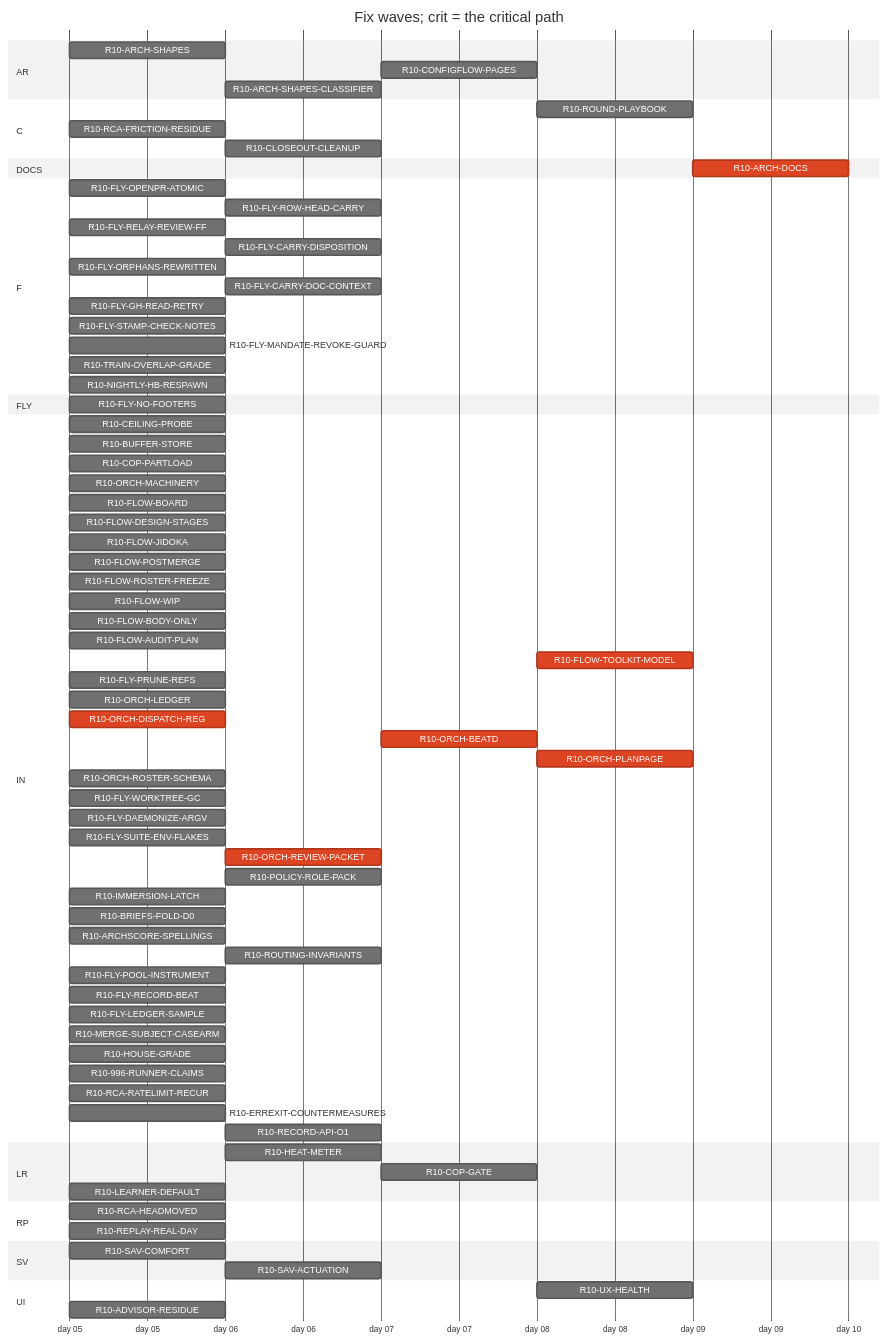
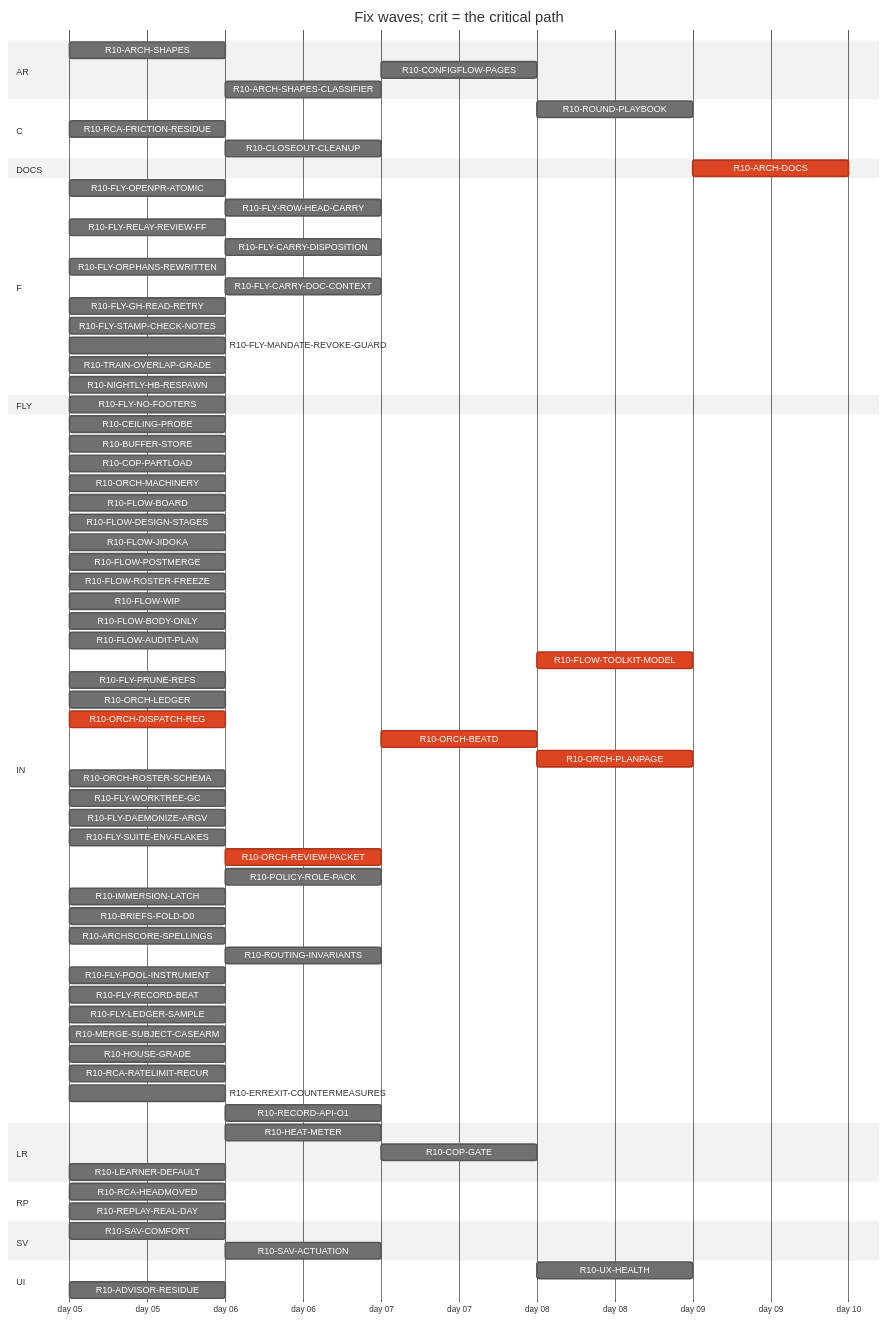
One commit to tvofi/heatpump_optimizer changed the diagram in handoff/round10/state/PLAN-TABLE.md. Above: the diagram before and after it, drawn with Mermaid (neutral theme). The commit also changed other lines of this file and 2 other files, not shown here.

````diff
--- a/handoff/round10/state/PLAN-TABLE.md
+++ b/handoff/round10/state/PLAN-TABLE.md
@@ -23,81 +23,80 @@
 ```mermaid
 gantt
   title Fix waves; crit = the critical path
   dateFormat YYYY-MM-DD
   axisFormat day %d
   section AR
     R10-ARCH-SHAPES :r10ARCHSHAPES, 2026-01-05, 1d
     R10-CONFIGFLOW-PAGES :r10CONFIGFLOWPAGES, after r10HEATMETER, 1d
-    R10-ARCH-SHAPES-CLASSIFIER :r10ARCHSHAPESCLASSIFIER, after r10996RUNNERCLAIMS r10ARCHSHAPES, 1d
+    R10-ARCH-SHAPES-CLASSIFIER :r10ARCHSHAPESCLASSIFIER, after r10ARCHSHAPES, 1d
   section C
     R10-ROUND-PLAYBOOK :r10ROUNDPLAYBOOK, after r10FLOWAUDITPLAN r10ORCHLEDGER r10ORCHDISPATCHREG r10ORCHBEATD r10ORCHPLANPAGE r10FLYRELAYREVIEWFF r10FLOWROSTERFREEZE r10FLOWBODYONLY, 1d
     R10-RCA-FRICTION-RESIDUE :r10RCAFRICTIONRESIDUE, 2026-01-05, 1d
     R10-CLOSEOUT-CLEANUP :r10CLOSEOUTCLEANUP, after r10FLYPRUNEREFS r10FLYWORKTREEGC, 1d
   section DOCS
     R10-ARCH-DOCS :crit, r10ARCHDOCS, after r10ARCHSHAPES r10HEATMETER r10COPGATE r10UXHEALTH r10CONFIGFLOWPAGES r10RCAHEADMOVED r10SAVCOMFORT r10CEILINGPROBE r10BUFFERSTORE r10COPPARTLOAD r10LEARNERDEFAULT r10FLOWBOARD r10FLOWDESIGNSTAGES r10FLOWJIDOKA r10FLOWPOSTMERGE r10FLOWROSTERFREEZE r10FLOWWIP r10FLOWBODYONLY r10FLYOPENPRATOMIC r10FLYROWHEADCARRY r10FLOWAUDITPLAN r10FLYRELAYREVIEWFF r10FLYCARRYDISPOSITION r10FLYORPHANSREWRITTEN r10FLYCARRYDOCCONTEXT r10FLOWTOOLKITMODEL r10FLYSTAMPCHECKNOTES r10FLYMANDATEREVOKEGUARD r10RCAFRICTIONRESIDUE r10TRAINOVERLAPGRADE r10NIGHTLYHBRESPAWN r10FLYPRUNEREFS r10ORCHLEDGER r10ORCHDISPATCHREG r10ORCHBEATD r10ORCHPLANPAGE r10ORCHROSTERSCHEMA r10FLYWORKTREEGC r10FLYDAEMONIZEARGV r10ORCHREVIEWPACKET r10POLICYROLEPACK r10IMMERSIONLATCH r10ADVISORRESIDUE r10BRIEFSFOLDD0 r10REPLAYREALDAY r10ARCHSCORESPELLINGS r10SAVACTUATION r10FLYLEDGERSAMPLE, 1d
   section F
     R10-FLY-OPENPR-ATOMIC :r10FLYOPENPRATOMIC, 2026-01-05, 1d
     R10-FLY-ROW-HEAD-CARRY :r10FLYROWHEADCARRY, after r10FLYOPENPRATOMIC, 1d
     R10-FLY-RELAY-REVIEW-FF :r10FLYRELAYREVIEWFF, 2026-01-05, 1d
     R10-FLY-CARRY-DISPOSITION :r10FLYCARRYDISPOSITION, after r10FLYORPHANSREWRITTEN, 1d
     R10-FLY-ORPHANS-REWRITTEN :r10FLYORPHANSREWRITTEN, 2026-01-05, 1d
     R10-FLY-CARRY-DOC-CONTEXT :r10FLYCARRYDOCCONTEXT, after r10FLYGHREADRETRY, 1d
     R10-FLY-GH-READ-RETRY :r10FLYGHREADRETRY, 2026-01-05, 1d
     R10-FLY-STAMP-CHECK-NOTES :r10FLYSTAMPCHECKNOTES, 2026-01-05, 1d
     R10-FLY-MANDATE-REVOKE-GUARD :r10FLYMANDATEREVOKEGUARD, 2026-01-05, 1d
     R10-TRAIN-OVERLAP-GRADE :r10TRAINOVERLAPGRADE, 2026-01-05, 1d
     R10-NIGHTLY-HB-RESPAWN :r10NIGHTLYHBRESPAWN, 2026-01-05, 1d
   section FLY
     R10-FLY-NO-FOOTERS :r10FLYNOFOOTERS, 2026-01-05, 1d
   section IN
     R10-CEILING-PROBE :r10CEILINGPROBE, 2026-01-05, 1d
     R10-BUFFER-STORE :r10BUFFERSTORE, 2026-01-05, 1d
     R10-COP-PARTLOAD :r10COPPARTLOAD, 2026-01-05, 1d
     R10-ORCH-MACHINERY :r10ORCHMACHINERY, 2026-01-05, 1d
     R10-FLOW-BOARD :r10FLOWBOARD, 2026-01-05, 1d
     R10-FLOW-DESIGN-STAGES :r10FLOWDESIGNSTAGES, 2026-01-05, 1d
     R10-FLOW-JIDOKA :r10FLOWJIDOKA, 2026-01-05, 1d
     R10-FLOW-POSTMERGE :r10FLOWPOSTMERGE, 2026-01-05, 1d
     R10-FLOW-ROSTER-FREEZE :r10FLOWROSTERFREEZE, 2026-01-05, 1d
     R10-FLOW-WIP :r10FLOWWIP, 2026-01-05, 1d
     R10-FLOW-BODY-ONLY :r10FLOWBODYONLY, 2026-01-05, 1d
     R10-FLOW-AUDIT-PLAN :r10FLOWAUDITPLAN, 2026-01-05, 1d
     R10-FLOW-TOOLKIT-MODEL :crit, r10FLOWTOOLKITMODEL, after r10ORCHPLANPAGE, 1d
     R10-FLY-PRUNE-REFS :r10FLYPRUNEREFS, 2026-01-05, 1d
     R10-ORCH-LEDGER :r10ORCHLEDGER, 2026-01-05, 1d
     R10-ORCH-DISPATCH-REG :crit, r10ORCHDISPATCHREG, 2026-01-05, 1d
     R10-ORCH-BEATD :crit, r10ORCHBEATD, after r10ORCHDISPATCHREG r10ORCHREVIEWPACKET r10FLOWROSTERFREEZE, 1d
     R10-ORCH-PLANPAGE :crit, r10ORCHPLANPAGE, after r10ORCHBEATD, 1d
     R10-ORCH-ROSTER-SCHEMA :r10ORCHROSTERSCHEMA, 2026-01-05, 1d
     R10-FLY-WORKTREE-GC :r10FLYWORKTREEGC, 2026-01-05, 1d
     R10-FLY-DAEMONIZE-ARGV :r10FLYDAEMONIZEARGV, 2026-01-05, 1d
     R10-FLY-SUITE-ENV-FLAKES :r10FLYSUITEENVFLAKES, 2026-01-05, 1d
     R10-ORCH-REVIEW-PACKET :crit, r10ORCHREVIEWPACKET, after r10ORCHDISPATCHREG, 1d
     R10-POLICY-ROLE-PACK :r10POLICYROLEPACK, after r10FLOWDESIGNSTAGES, 1d
     R10-IMMERSION-LATCH :r10IMMERSIONLATCH, 2026-01-05, 1d
     R10-BRIEFS-FOLD-D0 :r10BRIEFSFOLDD0, 2026-01-05, 1d
     R10-ARCHSCORE-SPELLINGS :r10ARCHSCORESPELLINGS, 2026-01-05, 1d
     R10-ROUTING-INVARIANTS :r10ROUTINGINVARIANTS, after r10ORCHROSTERSCHEMA, 1d
     R10-FLY-POOL-INSTRUMENT :r10FLYPOOLINSTRUMENT, 2026-01-05, 1d
     R10-FLY-RECORD-BEAT :r10FLYRECORDBEAT, 2026-01-05, 1d
     R10-FLY-LEDGER-SAMPLE :r10FLYLEDGERSAMPLE, 2026-01-05, 1d
     R10-MERGE-SUBJECT-CASEARM :r10MERGESUBJECTCASEARM, 2026-01-05, 1d
     R10-HOUSE-GRADE :r10HOUSEGRADE, 2026-01-05, 1d
-    R10-996-RUNNER-CLAIMS :r10996RUNNERCLAIMS, 2026-01-05, 1d
     R10-RCA-RATELIMIT-RECUR :r10RCARATELIMITRECUR, 2026-01-05, 1d
     R10-ERREXIT-COUNTERMEASURES :r10ERREXITCOUNTERMEASURES, 2026-01-05, 1d
     R10-RECORD-API-O1 :r10RECORDAPIO1, after r10RCARATELIMITRECUR, 1d
   section LR
     R10-HEAT-METER :r10HEATMETER, after r10ARCHSHAPES, 1d
     R10-COP-GATE :r10COPGATE, after r10HEATMETER, 1d
     R10-LEARNER-DEFAULT :r10LEARNERDEFAULT, 2026-01-05, 1d
   section RP
     R10-RCA-HEADMOVED :r10RCAHEADMOVED, 2026-01-05, 1d
     R10-REPLAY-REAL-DAY :r10REPLAYREALDAY, 2026-01-05, 1d
   section SV
     R10-SAV-COMFORT :r10SAVCOMFORT, 2026-01-05, 1d
     R10-SAV-ACTUATION :r10SAVACTUATION, after r10SAVCOMFORT, 1d
   section UI
     R10-UX-HEALTH :r10UXHEALTH, after r10COPGATE r10HEATMETER, 1d
     R10-ADVISOR-RESIDUE :r10ADVISORRESIDUE, 2026-01-05, 1d
 ```
````
